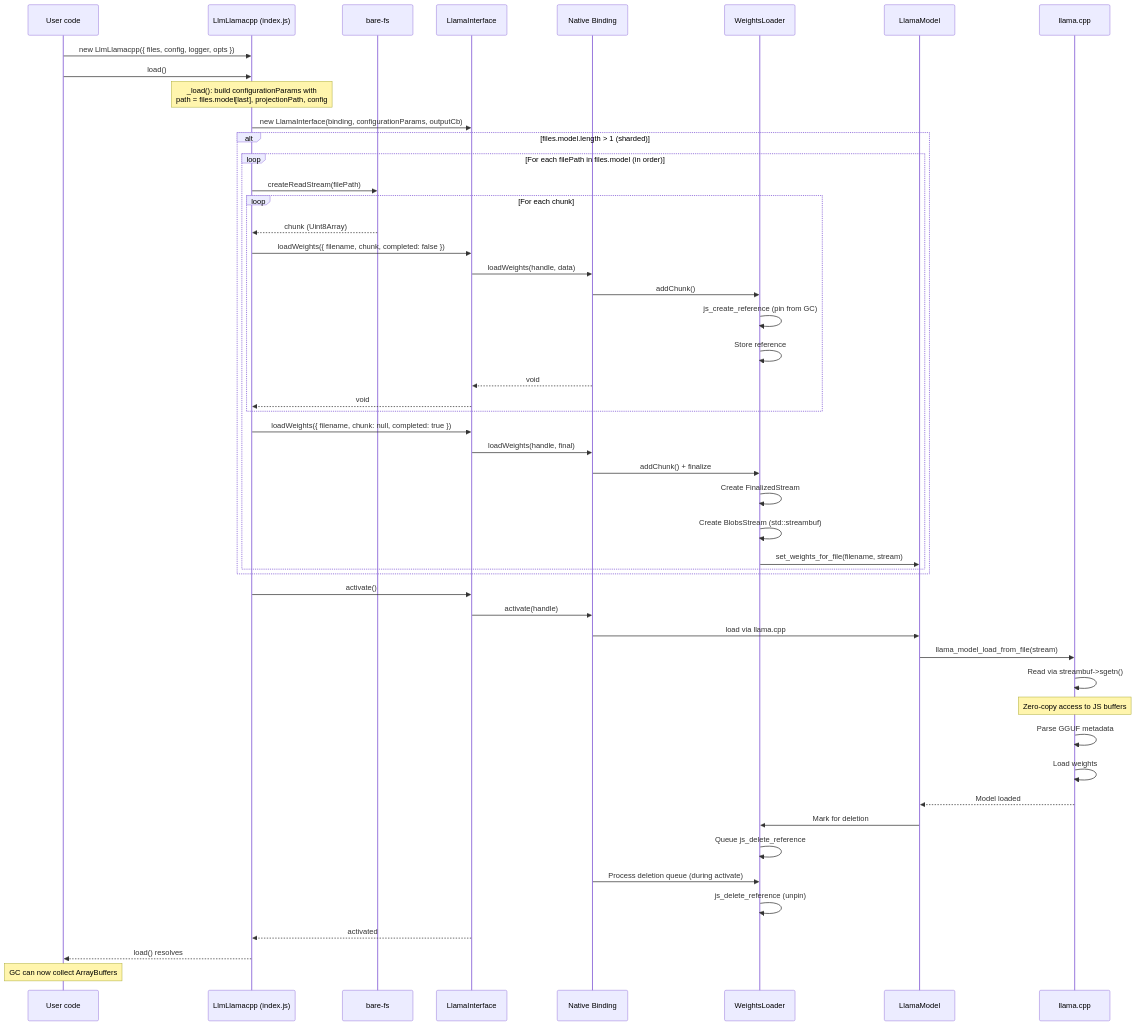
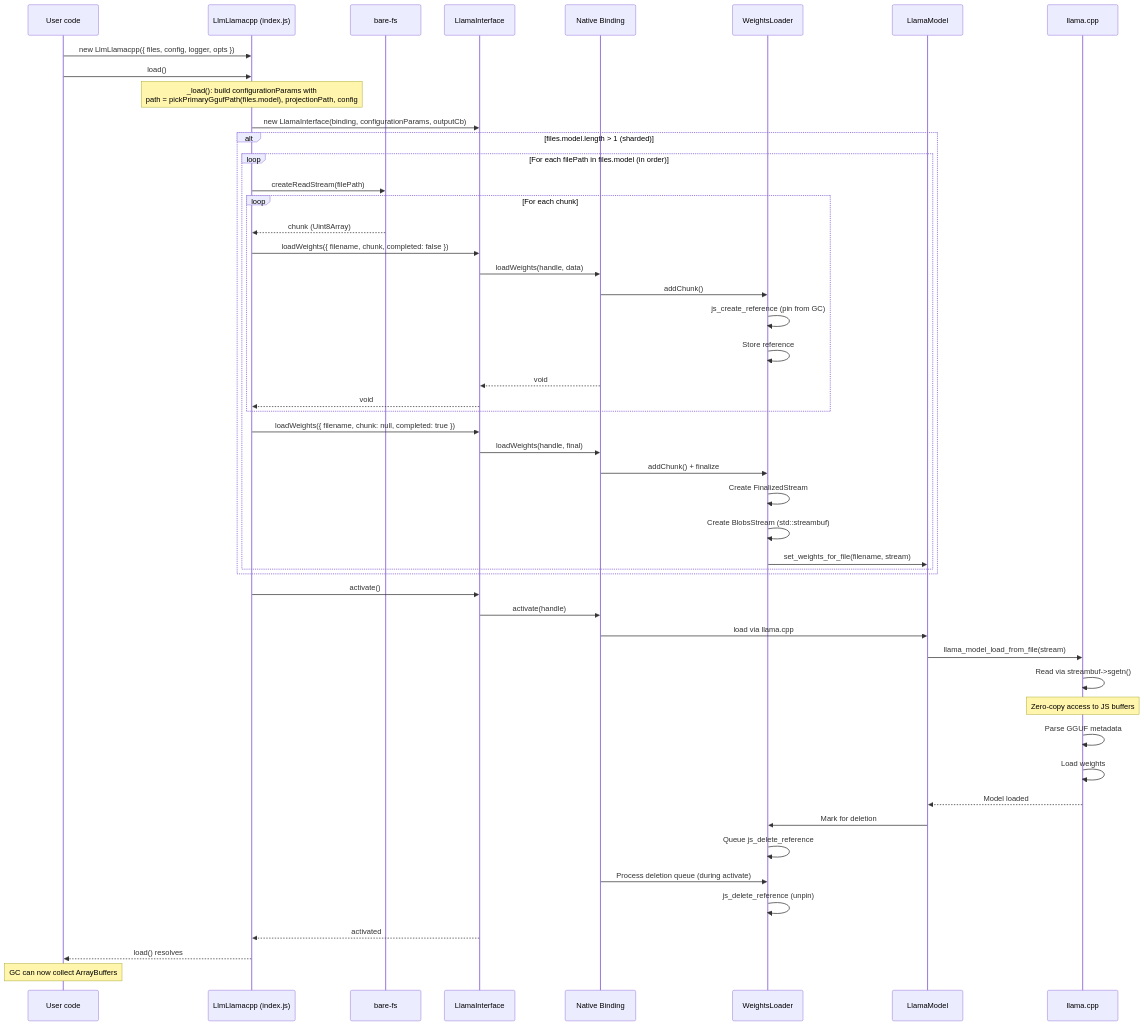
One commit to donriddo/qvac changed the second of 6 diagrams in packages/qvac-lib-infer-llamacpp-llm/docs/data-flows-detailed.md. Above: the diagram before and after it, drawn with Mermaid. The commit also changed other lines of this file and 7 other files, not shown here.

First line of the commit message:
fix: extract pickPrimaryGgufPath, restore multiModal example, fix docs

````diff
--- a/packages/qvac-lib-infer-llamacpp-llm/docs/data-flows-detailed.md
+++ b/packages/qvac-lib-infer-llamacpp-llm/docs/data-flows-detailed.md
@@ -198,60 +198,60 @@
 ```mermaid
 sequenceDiagram
     participant User as User code
     participant LLM as LlmLlamacpp (index.js)
     participant FS as bare-fs
     participant IF as LlamaInterface
     participant Bind as Native Binding
     participant WL as WeightsLoader
     participant Model as LlamaModel
     participant LC as llama.cpp
 
     User->>LLM: new LlmLlamacpp({ files, config, logger, opts })
     User->>LLM: load()
 
-    Note over LLM: _load(): build configurationParams with<br/>path = files.model[last], projectionPath, config
+    Note over LLM: _load(): build configurationParams with<br/>path = pickPrimaryGgufPath(files.model), projectionPath, config
     LLM->>IF: new LlamaInterface(binding, configurationParams, outputCb)
 
     alt files.model.length > 1 (sharded)
         loop For each filePath in files.model (in order)
             LLM->>FS: createReadStream(filePath)
             loop For each chunk
                 FS-->>LLM: chunk (Uint8Array)
                 LLM->>IF: loadWeights({ filename, chunk, completed: false })
                 IF->>Bind: loadWeights(handle, data)
                 Bind->>WL: addChunk()
                 WL->>WL: js_create_reference (pin from GC)
                 WL->>WL: Store reference
                 Bind-->>IF: void
                 IF-->>LLM: void
             end
             LLM->>IF: loadWeights({ filename, chunk: null, completed: true })
             IF->>Bind: loadWeights(handle, final)
             Bind->>WL: addChunk() + finalize
             WL->>WL: Create FinalizedStream
             WL->>WL: Create BlobsStream (std::streambuf)
             WL->>Model: set_weights_for_file(filename, stream)
         end
     end
 
     LLM->>IF: activate()
     IF->>Bind: activate(handle)
     Bind->>Model: load via llama.cpp
     Model->>LC: llama_model_load_from_file(stream)
 
     LC->>LC: Read via streambuf->sgetn()
     Note over LC: Zero-copy access to JS buffers
     LC->>LC: Parse GGUF metadata
     LC->>LC: Load weights
     LC-->>Model: Model loaded
 
     Model->>WL: Mark for deletion
     WL->>WL: Queue js_delete_reference
     Bind->>WL: Process deletion queue (during activate)
     WL->>WL: js_delete_reference (unpin)
 
     IF-->>LLM: activated
     LLM-->>User: load() resolves
 
     Note over User: GC can now collect ArrayBuffers
 ```
````
